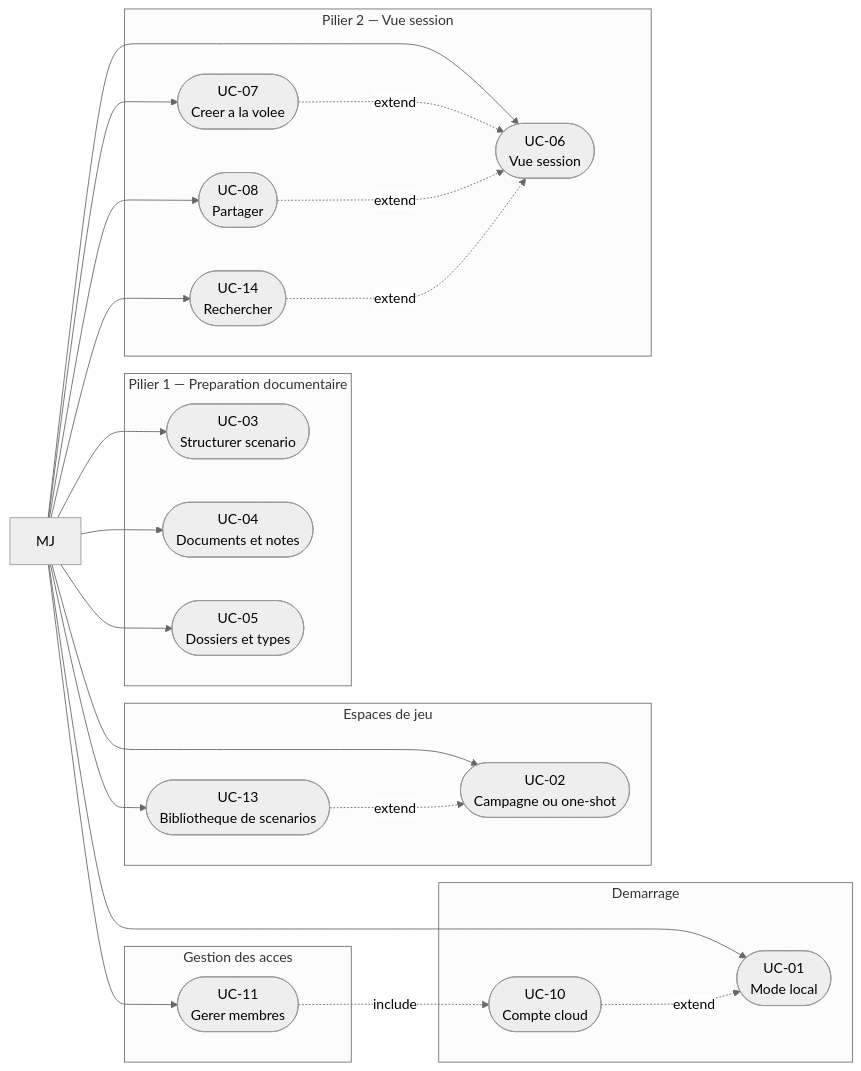
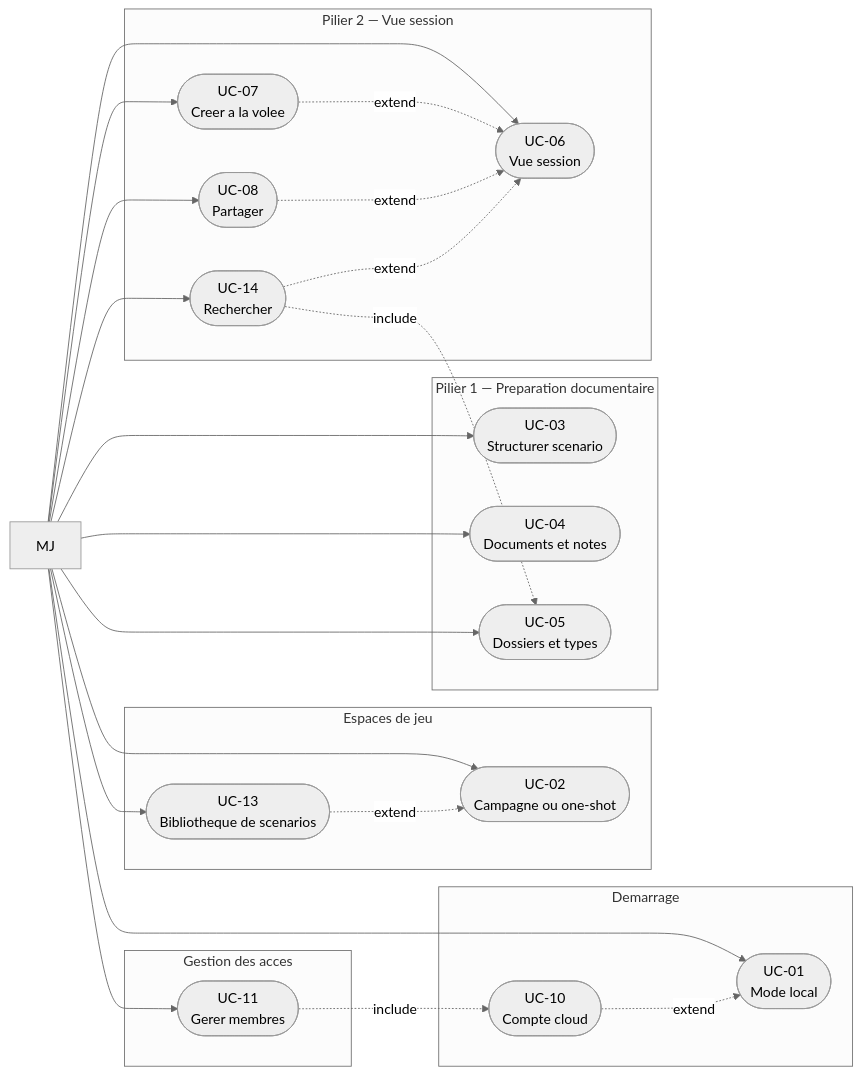
The third of 5 diagrams in docs/conception/usecases/use-cases.md (2025-10-CDA-ECO-P6/PM-micro-saas), drawn with Mermaid (neutral theme) before and after one commit. The commit also changed other lines of this file and 94 other files, not shown here.

````diff
--- a/docs/conception/usecases/use-cases.md
+++ b/docs/conception/usecases/use-cases.md
@@ -131,46 +133,47 @@
 ```mermaid
 flowchart LR
     MJ["MJ"]
 
     subgraph DEMARRAGE["Demarrage"]
         UC01(["UC-01\nMode local"])
         UC10(["UC-10\nCompte cloud"])
     end
     subgraph ESPACES["Espaces de jeu"]
         UC02(["UC-02\nCampagne ou one-shot"])
         UC13(["UC-13\nBibliotheque de scenarios"])
     end
     subgraph PILIER1["Pilier 1 — Preparation documentaire"]
         UC03(["UC-03\nStructurer scenario"])
         UC04(["UC-04\nDocuments et notes"])
         UC05(["UC-05\nDossiers et types"])
     end
     subgraph PILIER2["Pilier 2 — Vue session"]
         UC06(["UC-06\nVue session"])
         UC07(["UC-07\nCreer a la volee"])
         UC08(["UC-08\nPartager"])
         UC14(["UC-14\nRechercher"])
     end
     subgraph GESTION["Gestion des acces"]
         UC11(["UC-11\nGerer membres"])
     end
 
     MJ --> UC01
     MJ --> UC02
     MJ --> UC03
     MJ --> UC04
     MJ --> UC05
     MJ --> UC13
     MJ --> UC06
     MJ --> UC07
     MJ --> UC08
     MJ --> UC11
     MJ --> UC14
 
     UC10 -.->|"extend"| UC01
     UC13 -.->|"extend"| UC02
     UC11 -.->|"include"| UC10
     UC07 -.->|"extend"| UC06
     UC08 -.->|"extend"| UC06
     UC14 -.->|"extend"| UC06
+    UC14 -.->|"include"| UC05
 ```
````
